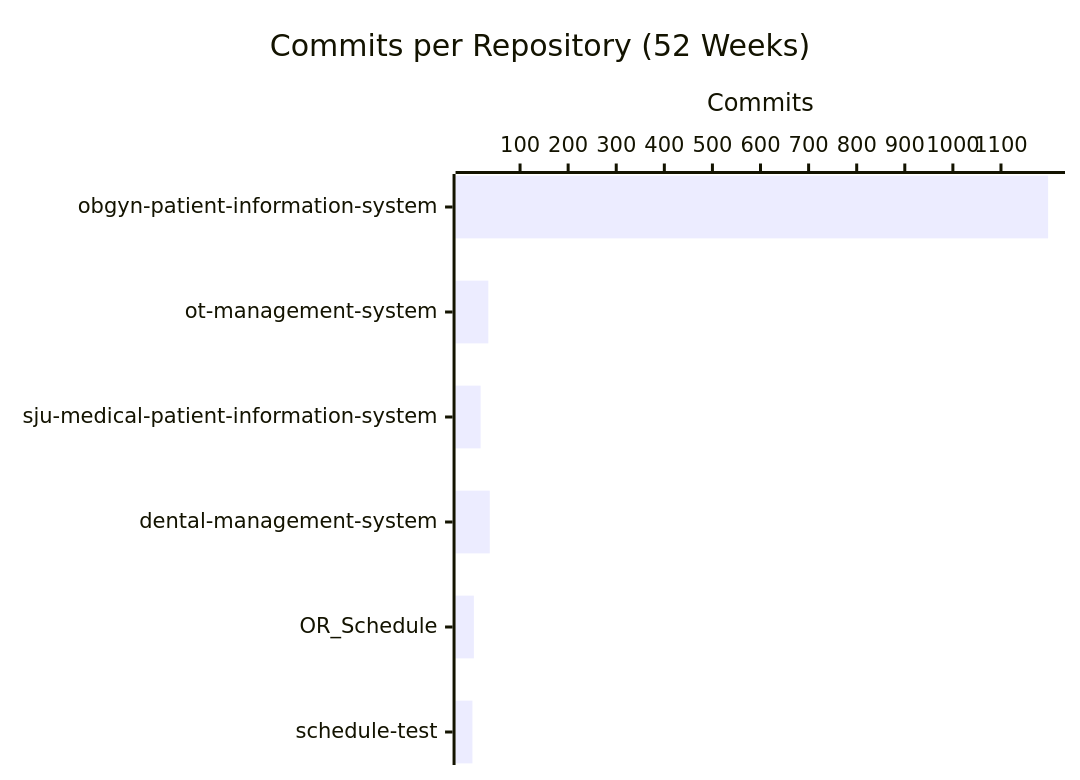
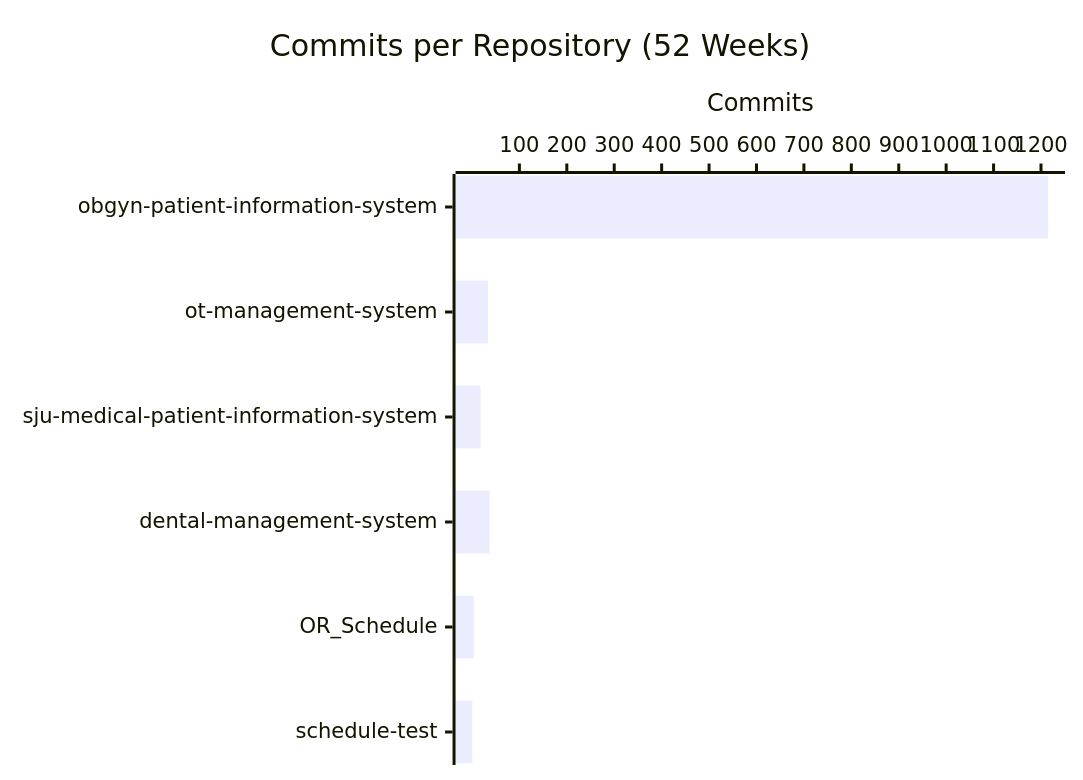
The second of 4 diagrams in profile/README.md (CSTH-Projects/.github), drawn with Mermaid before and after one commit. The commit also changed other lines of this file, not shown here.

````diff
--- a/profile/README.md
+++ b/profile/README.md
@@ -24,7 +24,7 @@
 ```mermaid
 xychart-beta horizontal
     title "Commits per Repository (52 Weeks)"
     x-axis ["obgyn-patient-information-system", "ot-management-system", "sju-medical-patient-information-system", "dental-management-system", "OR_Schedule", "schedule-test"]
     y-axis "Commits"
-    bar [1198, 34, 18, 37, 4, 1]
+    bar [1215, 34, 18, 37, 4, 1]
 ```
````
